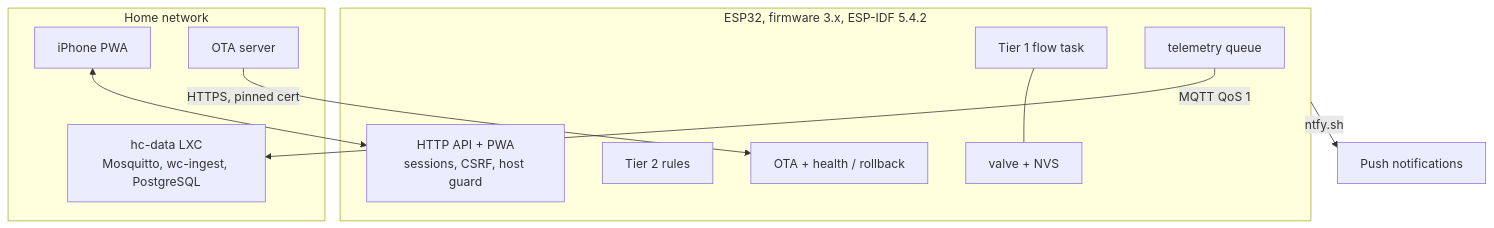
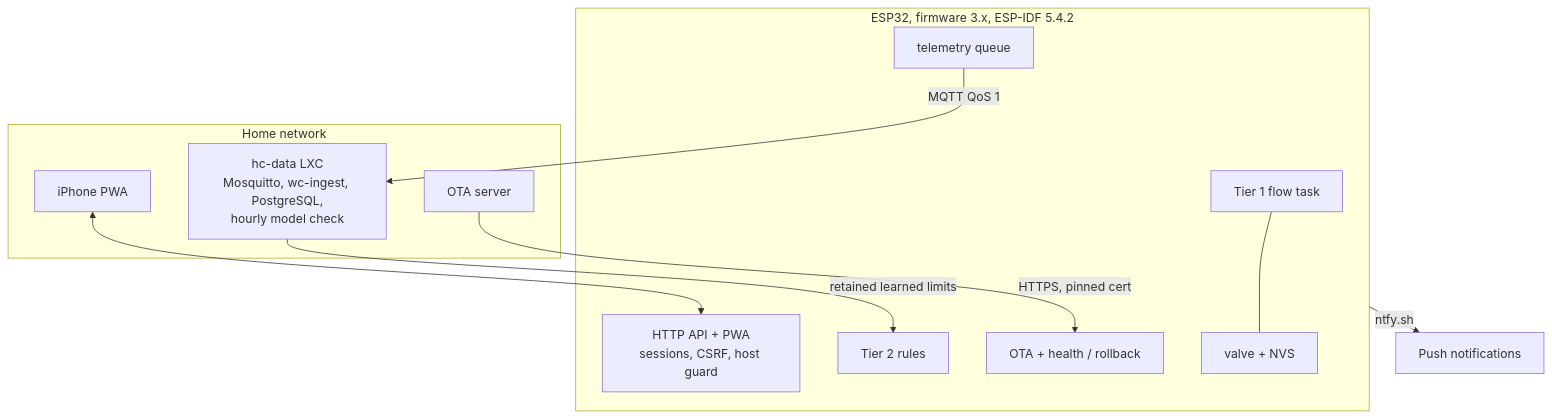
One commit to tomekceszke/water-controller changed the second of 2 diagrams in README.md. Above: the diagram before and after it, drawn with Mermaid. The commit also changed other lines of this file and 23 other files, not shown here.

First line of the commit message:
Learned limits from per-hour maxima, capped under Tier 1; train off hc-data

````diff
--- a/README.md
+++ b/README.md
@@ -87,19 +90,20 @@
 ```mermaid
 flowchart TB
     subgraph device[ESP32, firmware 3.x, ESP-IDF 5.4.2]
         tier1[Tier 1 flow task] --- valve[valve + NVS]
         tier2[Tier 2 rules]
         api[HTTP API + PWA<br/>sessions, CSRF, host guard]
         tele[telemetry queue]
         ota[OTA + health / rollback]
     end
     subgraph lan[Home network]
         phone[iPhone PWA]
-        hc[hc-data LXC<br/>Mosquitto, wc-ingest, PostgreSQL]
+        hc[hc-data LXC<br/>Mosquitto, wc-ingest, PostgreSQL,<br/>hourly model check]
         otas[OTA server]
     end
     phone <--> api
     tele -- MQTT QoS 1 --> hc
+    hc -- retained learned limits --> tier2
     otas -- HTTPS, pinned cert --> ota
     device -- ntfy.sh --> push[Push notifications]
 ```
````
